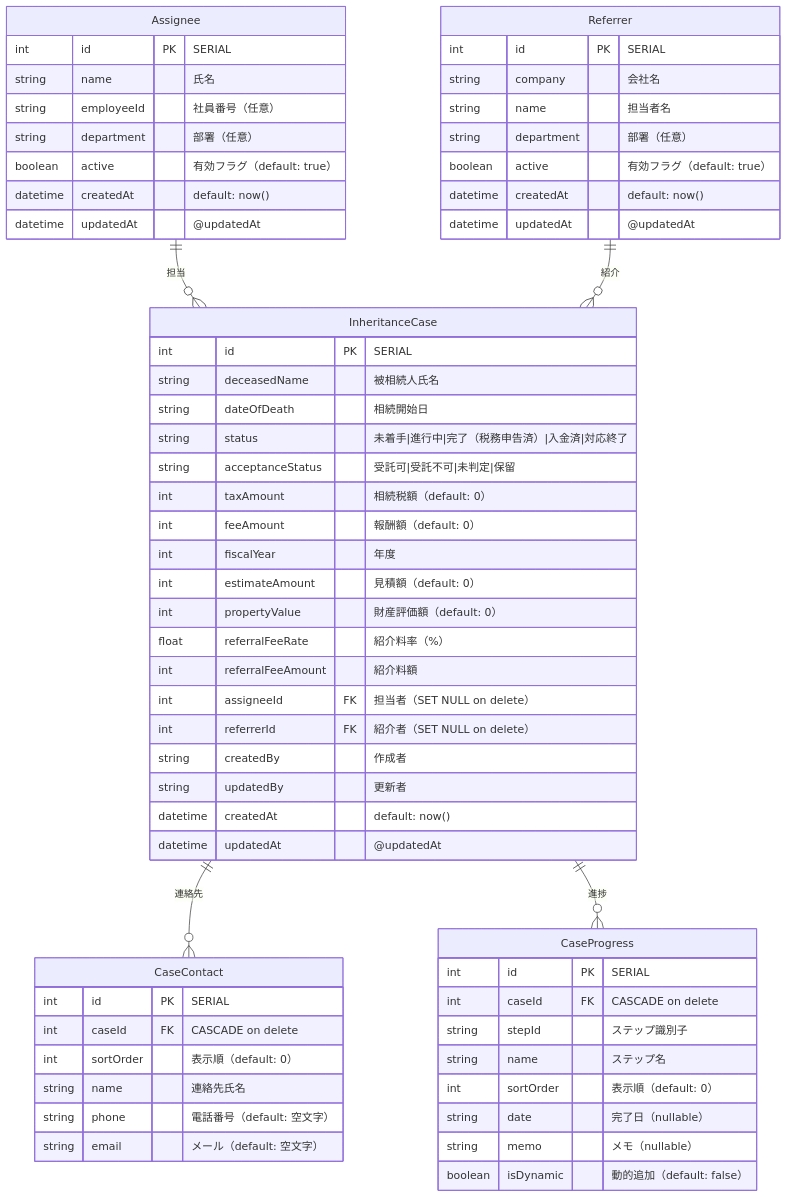
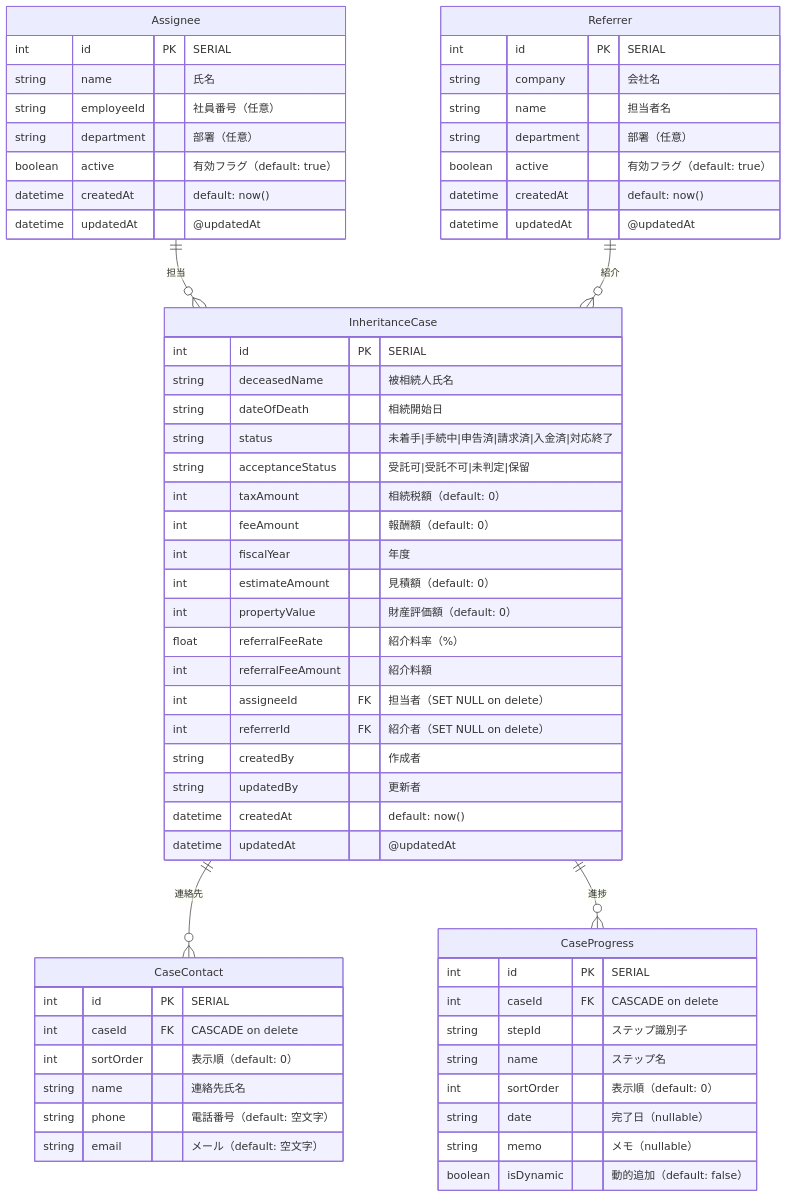
One commit to kojima1978/tax_apps changed the diagram in apps/inheritance-case-management/docs/database_schema.md. Above: the diagram before and after it, drawn with Mermaid. The commit also changed other lines of this file and 23 other files, not shown here.

````diff
--- a/apps/inheritance-case-management/docs/database_schema.md
+++ b/apps/inheritance-case-management/docs/database_schema.md
@@ -5,68 +5,68 @@
 ```mermaid
 erDiagram
     Assignee ||--o{ InheritanceCase : "担当"
     Referrer ||--o{ InheritanceCase : "紹介"
     InheritanceCase ||--o{ CaseContact : "連絡先"
     InheritanceCase ||--o{ CaseProgress : "進捗"
 
     InheritanceCase {
         int id PK "SERIAL"
         string deceasedName "被相続人氏名"
         string dateOfDeath "相続開始日"
-        string status "未着手|進行中|完了（税務申告済）|入金済|対応終了"
+        string status "未着手|手続中|申告済|請求済|入金済|対応終了"
         string acceptanceStatus "受託可|受託不可|未判定|保留"
         int taxAmount "相続税額（default: 0）"
         int feeAmount "報酬額（default: 0）"
         int fiscalYear "年度"
         int estimateAmount "見積額（default: 0）"
         int propertyValue "財産評価額（default: 0）"
         float referralFeeRate "紹介料率（%）"
         int referralFeeAmount "紹介料額"
         int assigneeId FK "担当者（SET NULL on delete）"
         int referrerId FK "紹介者（SET NULL on delete）"
         string createdBy "作成者"
         string updatedBy "更新者"
         datetime createdAt "default: now()"
         datetime updatedAt "@updatedAt"
     }
 
     Assignee {
         int id PK "SERIAL"
         string name "氏名"
         string employeeId "社員番号（任意）"
         string department "部署（任意）"
         boolean active "有効フラグ（default: true）"
         datetime createdAt "default: now()"
         datetime updatedAt "@updatedAt"
     }
 
     Referrer {
         int id PK "SERIAL"
         string company "会社名"
         string name "担当者名"
         string department "部署（任意）"
         boolean active "有効フラグ（default: true）"
         datetime createdAt "default: now()"
         datetime updatedAt "@updatedAt"
     }
 
     CaseContact {
         int id PK "SERIAL"
         int caseId FK "CASCADE on delete"
         int sortOrder "表示順（default: 0）"
         string name "連絡先氏名"
         string phone "電話番号（default: 空文字）"
         string email "メール（default: 空文字）"
     }
 
     CaseProgress {
         int id PK "SERIAL"
         int caseId FK "CASCADE on delete"
         string stepId "ステップ識別子"
         string name "ステップ名"
         int sortOrder "表示順（default: 0）"
         string date "完了日（nullable）"
         string memo "メモ（nullable）"
         boolean isDynamic "動的追加（default: false）"
     }
 ```
````
